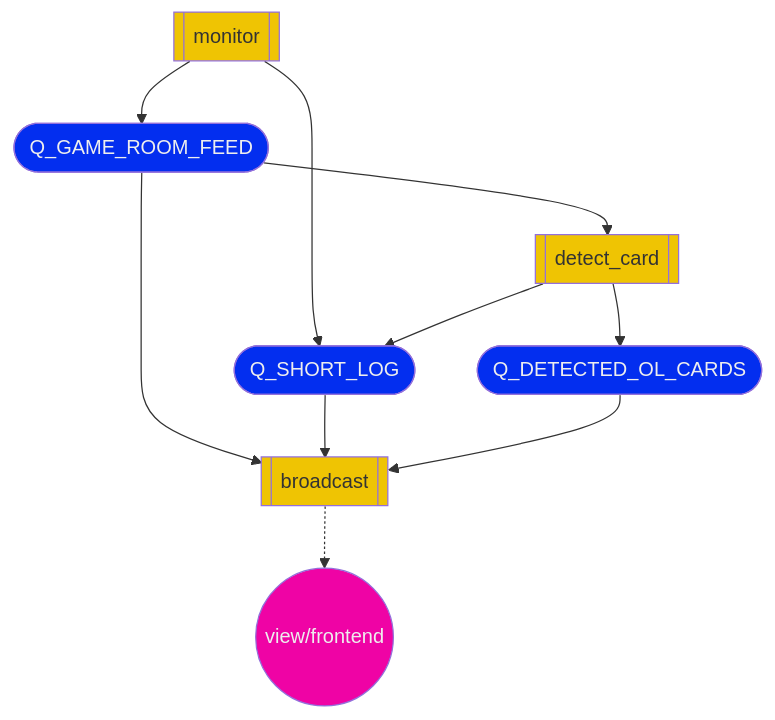
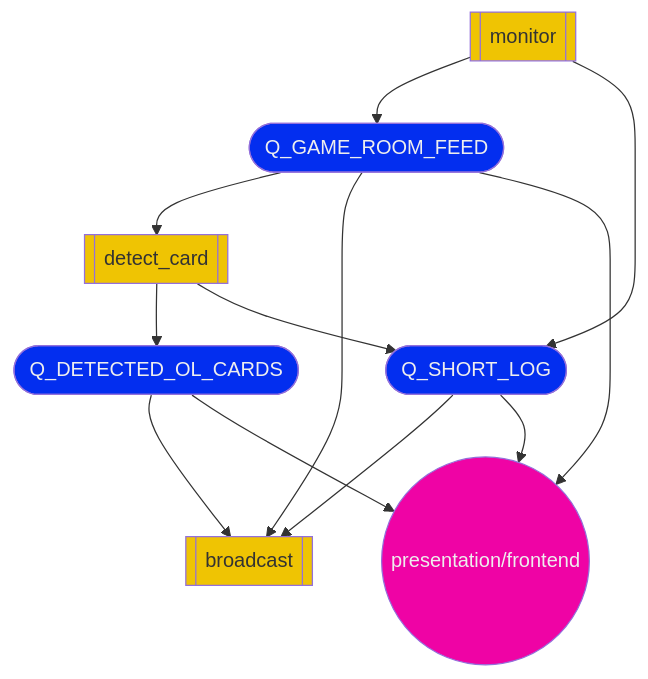
The second of 2 diagrams in README.md (philsuess/descentinel), drawn with Mermaid before and after one commit. The commit also changed other lines of this file, not shown here.

````diff
--- a/README.md
+++ b/README.md
@@ -24,27 +24,29 @@
 ```mermaid
 graph TD;
     classDef service fill:#EFC403
     classDef queue fill:#032EEF,color:#eee
 
     Q_GAME_ROOM_FEED([Q_GAME_ROOM_FEED]):::queue
     Q_DETECTED_OL_CARDS([Q_DETECTED_OL_CARDS]):::queue
     Q_SHORT_LOG([Q_SHORT_LOG]):::queue
 
     monitor[[monitor]]:::service
     monitor-->Q_GAME_ROOM_FEED;
     monitor-->Q_SHORT_LOG;
 
     detect_card[[detect_card]]:::service
     Q_GAME_ROOM_FEED-->detect_card;
     detect_card-->Q_DETECTED_OL_CARDS;
     detect_card-->Q_SHORT_LOG;
 
     broadcast[[broadcast]]:::service
-    Q_GAME_ROOM_FEED-->broadcast
+    Q_GAME_ROOM_FEED-->broadcast;
     Q_SHORT_LOG-->broadcast;
     Q_DETECTED_OL_CARDS-->broadcast;
 
-    view((view/frontend))
-    style view fill:#EF03A5,color:#eee
-    broadcast-.->view
+    presentation((presentation/frontend))
+    style presentation fill:#EF03A5,color:#eee
+    Q_GAME_ROOM_FEED-->presentation;
+    Q_DETECTED_OL_CARDS-->presentation;
+    Q_SHORT_LOG-->presentation;
 ```
````
